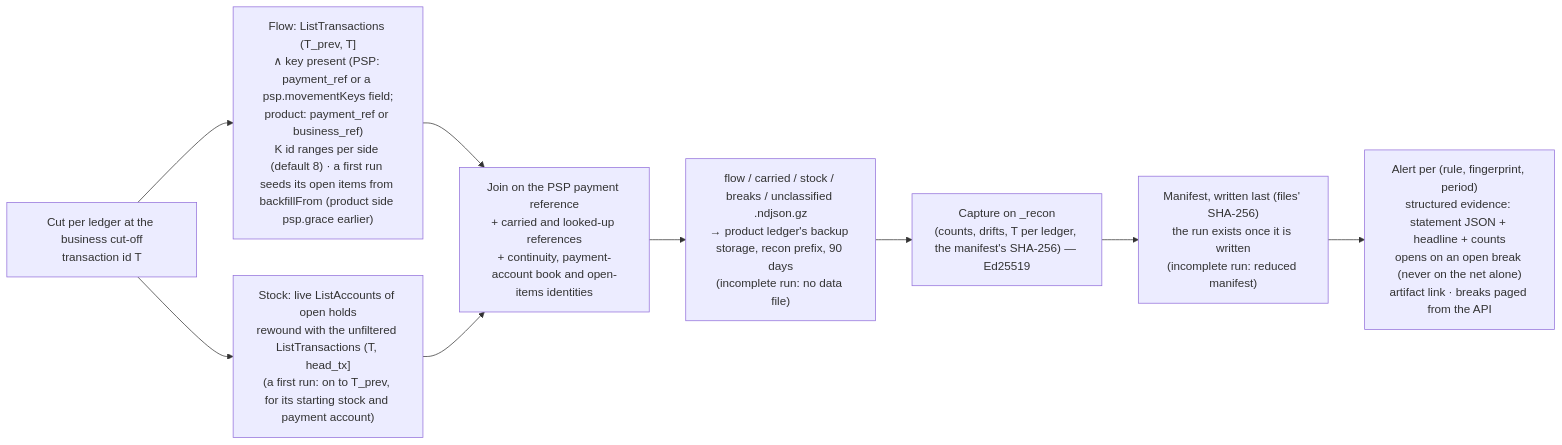
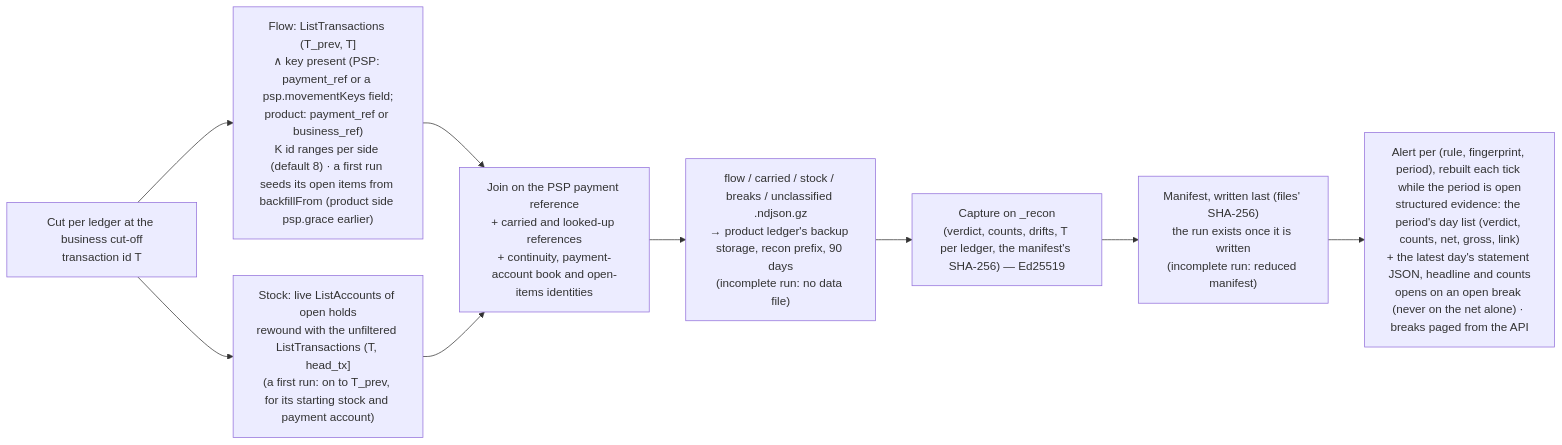
One commit to formancehq/reconciliation changed the ninth of 9 diagrams in docs/technical/workflows.md. Above: the diagram before and after it, drawn with Mermaid. The commit also changed other lines of this file and 5 other files, not shown here.

````diff
--- a/docs/technical/workflows.md
+++ b/docs/technical/workflows.md
@@ -326,11 +326,11 @@
 ```mermaid
 flowchart LR
     Cut["Cut per ledger at the business cut-off<br/>transaction id T"] --> Flow["Flow: ListTransactions (T_prev, T]<br/>∧ key present (PSP: payment_ref or a psp.movementKeys field;<br/>product: payment_ref or business_ref)<br/>K id ranges per side (default 8) · a first run seeds its open items from backfillFrom (product side psp.grace earlier)"]
     Cut --> Stock["Stock: live ListAccounts of open holds<br/>rewound with the unfiltered ListTransactions (T, head_tx]<br/>(a first run: on to T_prev, for its starting stock and payment account)"]
     Flow --> Join["Join on the PSP payment reference<br/>+ carried and looked-up references<br/>+ continuity, payment-account book and open-items identities"]
     Stock --> Join
     Join --> Art["flow / carried / stock / breaks / unclassified .ndjson.gz<br/>→ product ledger's backup storage, recon prefix, 90 days<br/>(incomplete run: no data file)"]
-    Art --> Cap["Capture on _recon<br/>(counts, drifts, T per ledger, the manifest's SHA-256) — Ed25519"]
+    Art --> Cap["Capture on _recon<br/>(verdict, counts, drifts, T per ledger, the manifest's SHA-256) — Ed25519"]
     Cap --> Man["Manifest, written last (files' SHA-256)<br/>the run exists once it is written<br/>(incomplete run: reduced manifest)"]
-    Man --> Alert["Alert per (rule, fingerprint, period)<br/>structured evidence: statement JSON + headline + counts<br/>opens on an open break (never on the net alone)<br/>artifact link · breaks paged from the API"]
+    Man --> Alert["Alert per (rule, fingerprint, period), rebuilt each tick while the period is open<br/>structured evidence: the period's day list (verdict, counts, net, gross, link)<br/>+ the latest day's statement JSON, headline and counts<br/>opens on an open break (never on the net alone) · breaks paged from the API"]
 ```
````
